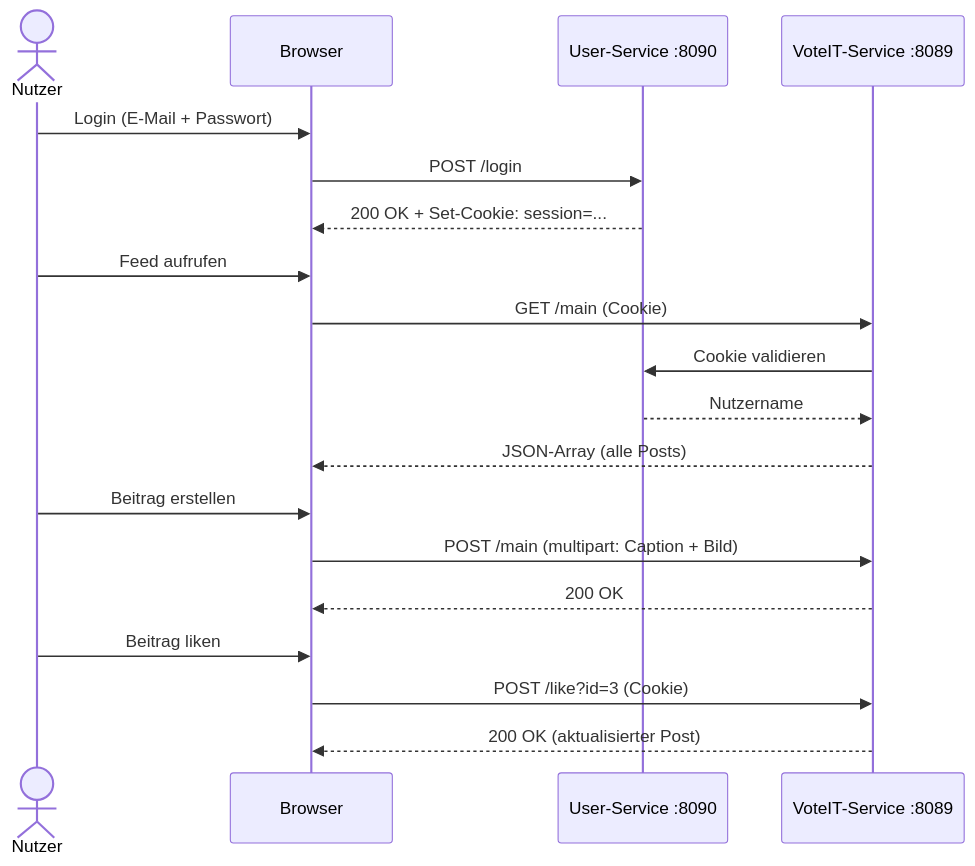
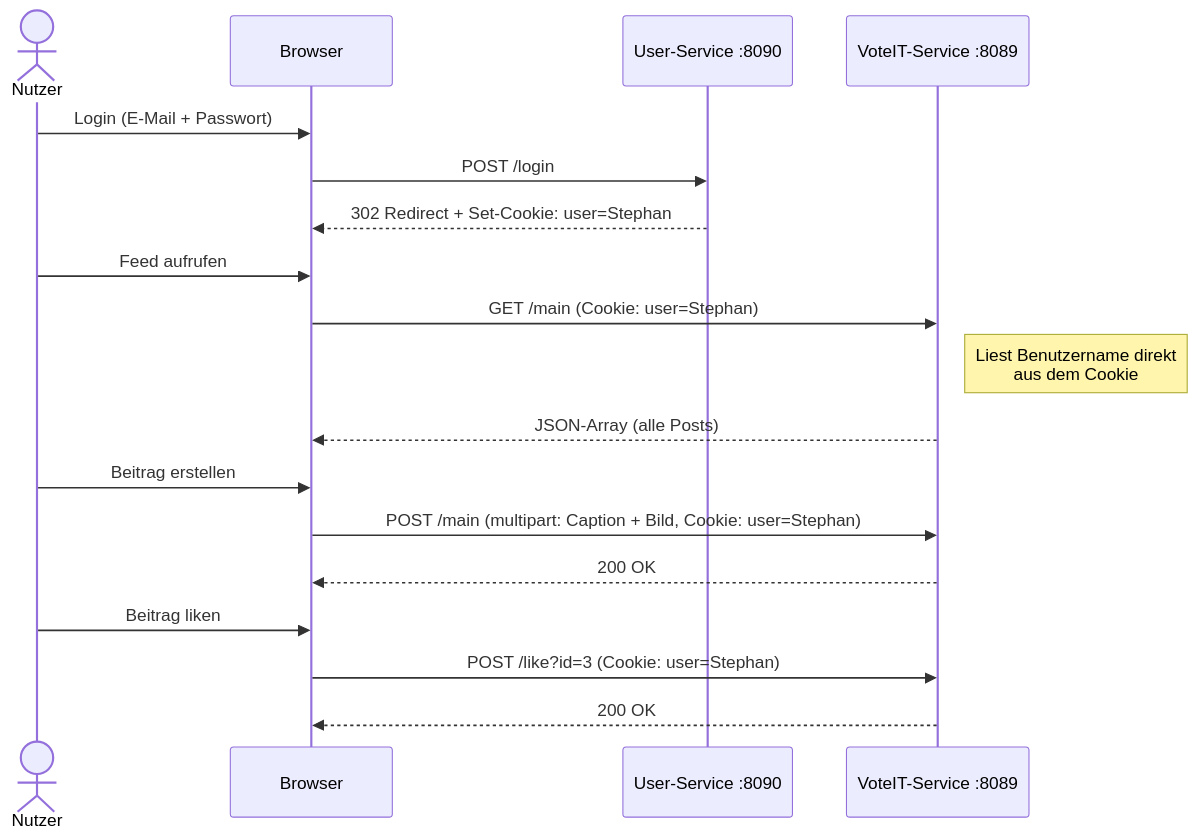
One commit to stephanteege/VoteIT changed the third of 3 diagrams in README.md. Above: the diagram before and after it, drawn with Mermaid. The commit also changed other lines of this file, not shown here.

````diff
--- a/README.md
+++ b/README.md
@@ -93,25 +92,24 @@
 ```mermaid
 sequenceDiagram
     actor User as Nutzer
     participant B as Browser
     participant US as User-Service :8090
     participant VS as VoteIT-Service :8089
 
     User->>B: Login (E-Mail + Passwort)
     B->>US: POST /login
-    US-->>B: 200 OK + Set-Cookie: session=...
+    US-->>B: 302 Redirect + Set-Cookie: user=Stephan
 
     User->>B: Feed aufrufen
-    B->>VS: GET /main (Cookie)
-    VS->>US: Cookie validieren
-    US-->>VS: Nutzername
+    B->>VS: GET /main (Cookie: user=Stephan)
+    Note right of VS: Liest Benutzername direkt<br/>aus dem Cookie
     VS-->>B: JSON-Array (alle Posts)
 
     User->>B: Beitrag erstellen
-    B->>VS: POST /main (multipart: Caption + Bild)
+    B->>VS: POST /main (multipart: Caption + Bild, Cookie: user=Stephan)
     VS-->>B: 200 OK
 
     User->>B: Beitrag liken
-    B->>VS: POST /like?id=3 (Cookie)
-    VS-->>B: 200 OK (aktualisierter Post)
+    B->>VS: POST /like?id=3 (Cookie: user=Stephan)
+    VS-->>B: 200 OK
 ```
````
